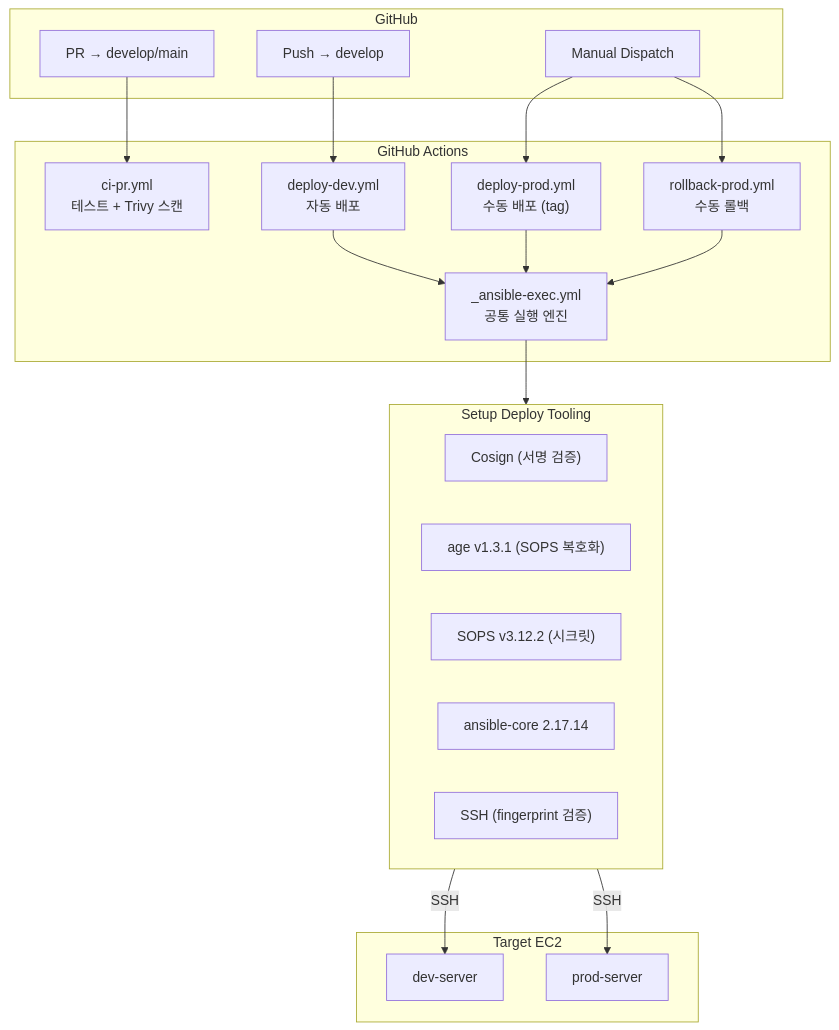
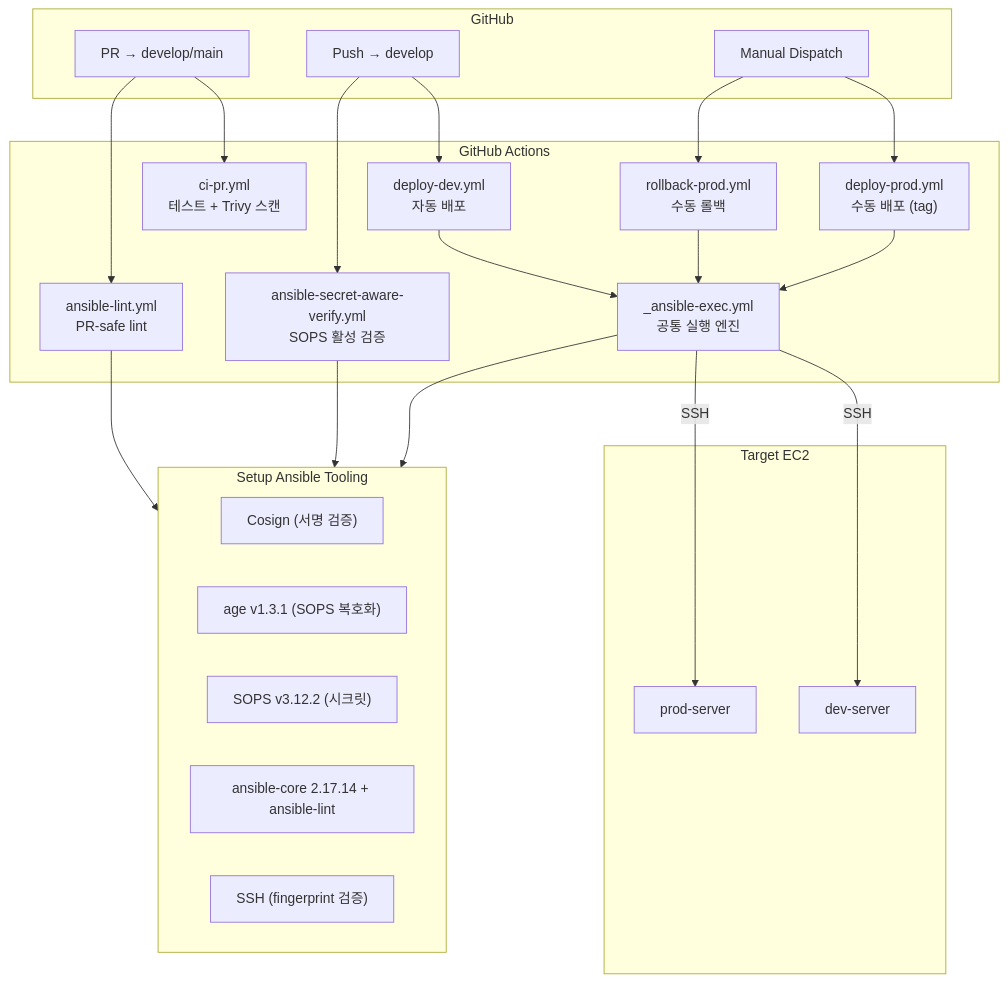
The first of 10 diagrams in infra/README.md (TEAM-BEAT/BEAT-SERVER), drawn with Mermaid before and after one commit. The commit also changed other lines of this file and 1 other file, not shown here.

````diff
--- a/infra/README.md
+++ b/infra/README.md
@@ -88,40 +88,46 @@
 ```mermaid
 flowchart TB
     subgraph GitHub["GitHub"]
         PR["PR → develop/main"]
         Push["Push → develop"]
         Dispatch["Manual Dispatch"]
     end
 
     subgraph Workflows["GitHub Actions"]
         CIPR["ci-pr.yml<br/>테스트 + Trivy 스캔"]
+        AnsibleLint["ansible-lint.yml<br/>PR-safe lint"]
+        SecretAware["ansible-secret-aware-verify.yml<br/>SOPS 활성 검증"]
         DeployDev["deploy-dev.yml<br/>자동 배포"]
         DeployProd["deploy-prod.yml<br/>수동 배포 (tag)"]
         RollbackProd["rollback-prod.yml<br/>수동 롤백"]
         AnsibleExec["_ansible-exec.yml<br/>공통 실행 엔진"]
     end
 
-    subgraph Tooling["Setup Deploy Tooling"]
+    subgraph Tooling["Setup Ansible Tooling"]
         Cosign["Cosign (서명 검증)"]
         Age["age v1.3.1 (SOPS 복호화)"]
         SOPS["SOPS v3.12.2 (시크릿)"]
-        Ansible["ansible-core 2.17.14"]
+        Ansible["ansible-core 2.17.14 + ansible-lint"]
         SSH["SSH (fingerprint 검증)"]
     end
 
     subgraph Server["Target EC2"]
         DevServer["dev-server"]
         ProdServer["prod-server"]
     end
 
     PR --> CIPR
+    PR --> AnsibleLint
     Push --> DeployDev
+    Push --> SecretAware
     Dispatch --> DeployProd
     Dispatch --> RollbackProd
     DeployDev --> AnsibleExec
     DeployProd --> AnsibleExec
     RollbackProd --> AnsibleExec
+    AnsibleLint --> Tooling
+    SecretAware --> Tooling
     AnsibleExec --> Tooling
-    Tooling -->|"SSH"| DevServer
-    Tooling -->|"SSH"| ProdServer
+    AnsibleExec -->|"SSH"| DevServer
+    AnsibleExec -->|"SSH"| ProdServer
 ```
````
